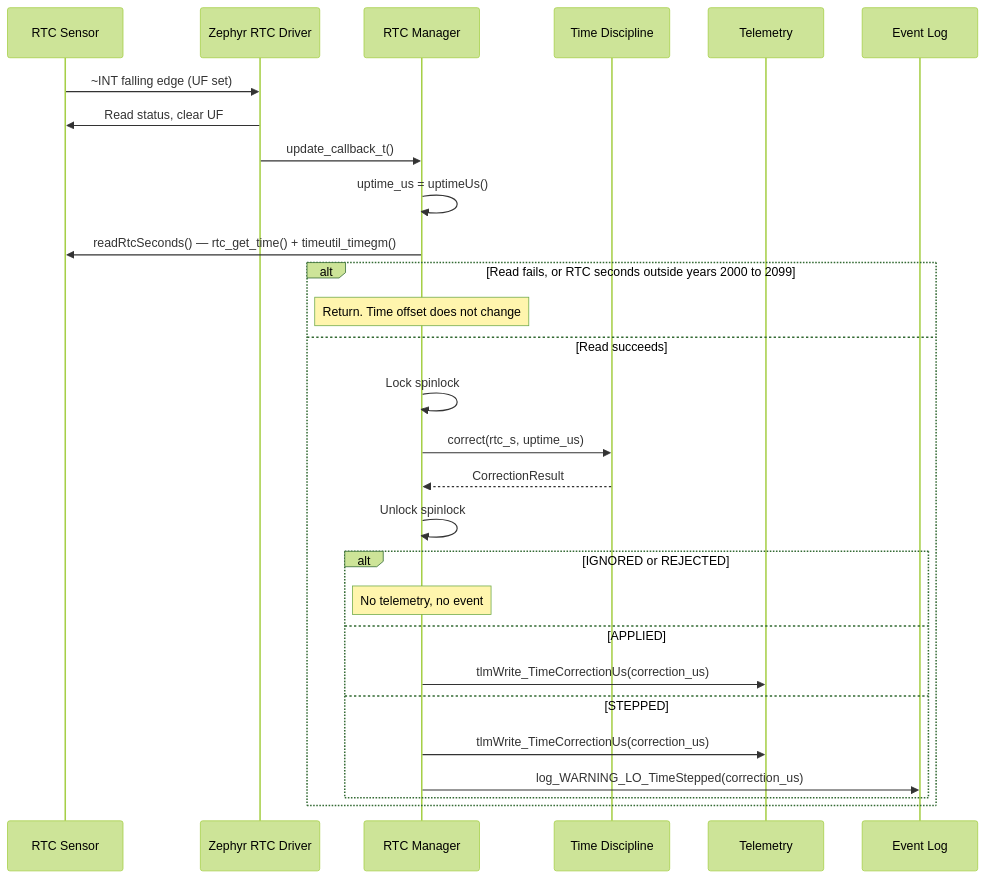
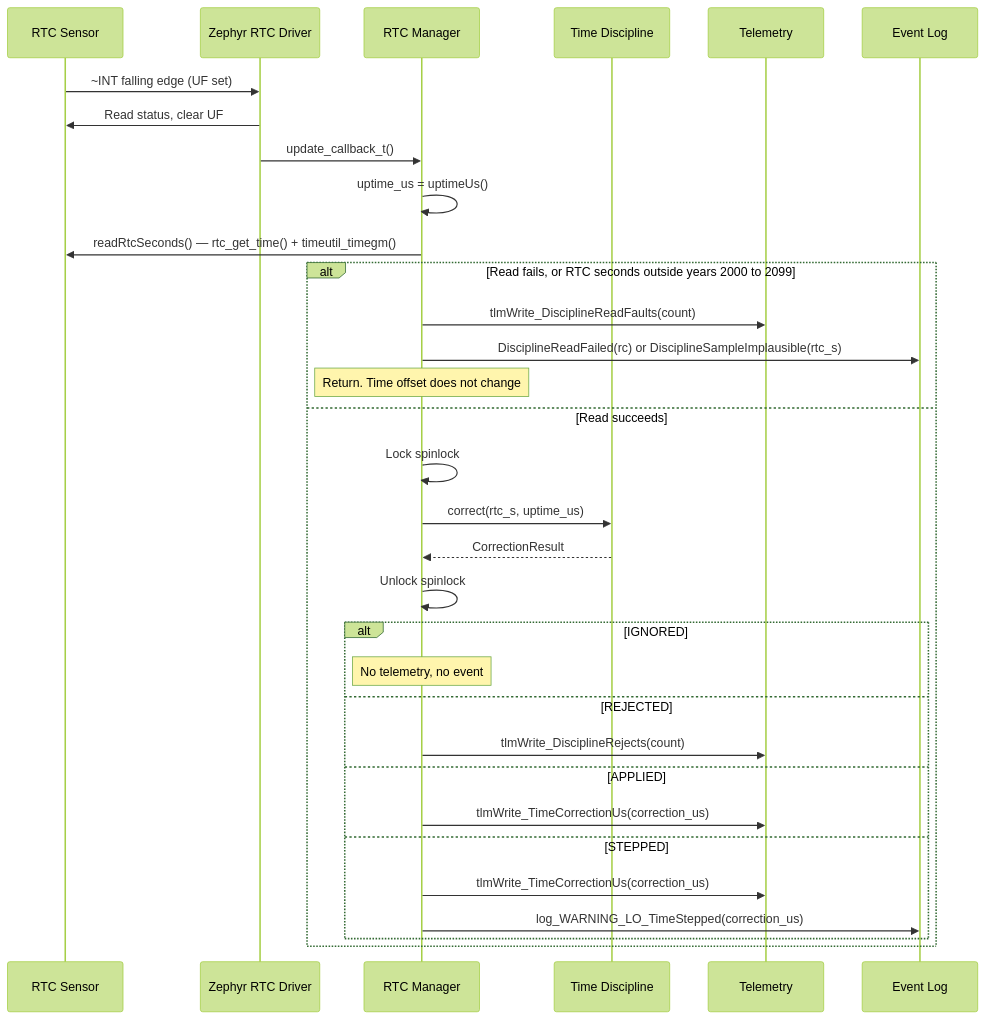
Before and after one commit to Open-Source-Space-Foundation/proves-core-reference: the fifth of 18 diagrams in PROVESFlightControllerReference/Components/Drv/RtcManager/docs/sdd.md, drawn with Mermaid (forest theme). The commit also changed other lines of this file and 5 other files, not shown here.

First line of the commit message:
fix(rtc): report time discipline read faults and rejected samples

````diff
--- a/PROVESFlightControllerReference/Components/Drv/RtcManager/docs/sdd.md
+++ b/PROVESFlightControllerReference/Components/Drv/RtcManager/docs/sdd.md
@@ -349,31 +356,35 @@
 ```mermaid
 sequenceDiagram
     participant RTC Sensor
     participant Zephyr RTC Driver
     participant RTC Manager
     participant Time Discipline
     participant Telemetry
     participant Event Log
 
     RTC Sensor->>Zephyr RTC Driver: ~INT falling edge (UF set)
     Zephyr RTC Driver->>RTC Sensor: Read status, clear UF
     Zephyr RTC Driver->>RTC Manager: update_callback_t()
     RTC Manager->>RTC Manager: uptime_us = uptimeUs()
     RTC Manager->>RTC Sensor: readRtcSeconds() — rtc_get_time() + timeutil_timegm()
     alt Read fails, or RTC seconds outside years 2000 to 2099
+        RTC Manager->>Telemetry: tlmWrite_DisciplineReadFaults(count)
+        RTC Manager->>Event Log: DisciplineReadFailed(rc) or DisciplineSampleImplausible(rtc_s)
         Note over RTC Manager: Return. Time offset does not change
     else Read succeeds
         RTC Manager->>RTC Manager: Lock spinlock
         RTC Manager->>Time Discipline: correct(rtc_s, uptime_us)
         Time Discipline-->>RTC Manager: CorrectionResult
         RTC Manager->>RTC Manager: Unlock spinlock
-        alt IGNORED or REJECTED
+        alt IGNORED
             Note over RTC Manager: No telemetry, no event
+        else REJECTED
+            RTC Manager->>Telemetry: tlmWrite_DisciplineRejects(count)
         else APPLIED
             RTC Manager->>Telemetry: tlmWrite_TimeCorrectionUs(correction_us)
         else STEPPED
             RTC Manager->>Telemetry: tlmWrite_TimeCorrectionUs(correction_us)
             RTC Manager->>Event Log: log_WARNING_LO_TimeStepped(correction_us)
         end
     end
 ```
````
